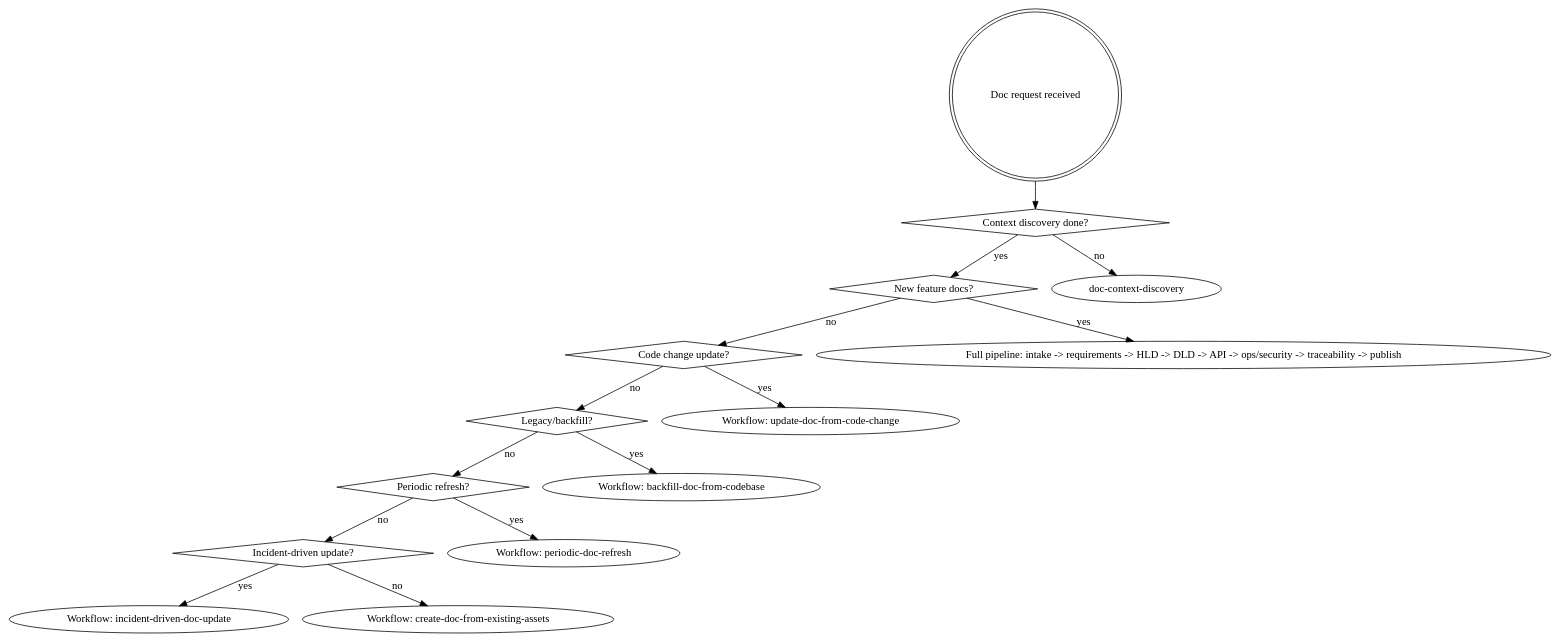
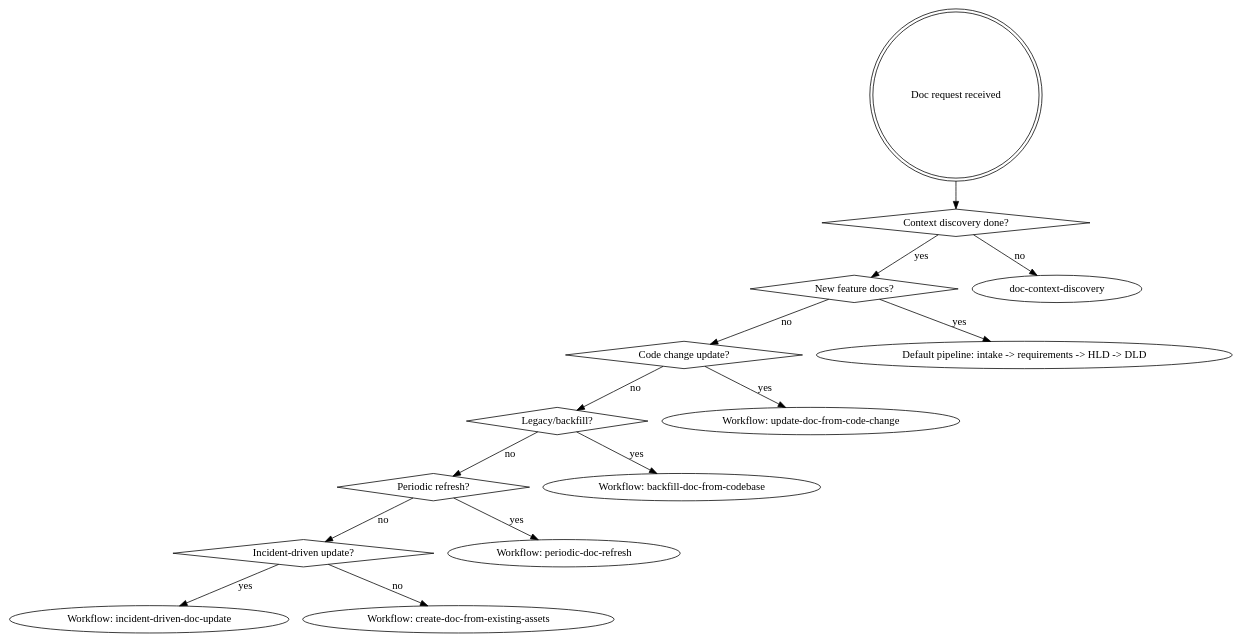
The diagram in .cline/skills/using-doc-superpowers/SKILL.md (nguyenhuyhoanganh/docs-skills), drawn with Graphviz before and after one commit. The commit also changed other lines of this file and 73 other files, not shown here.

````diff
--- a/.cline/skills/using-doc-superpowers/SKILL.md
+++ b/.cline/skills/using-doc-superpowers/SKILL.md
@@ -90,26 +124,26 @@
 ```dot
 digraph workflow_router {
     "Doc request received" [shape=doublecircle];
     "Context discovery done?" [shape=diamond];
     "New feature docs?" [shape=diamond];
     "Code change update?" [shape=diamond];
     "Legacy/backfill?" [shape=diamond];
     "Periodic refresh?" [shape=diamond];
     "Incident-driven update?" [shape=diamond];
 
     "Doc request received" -> "Context discovery done?";
     "Context discovery done?" -> "doc-context-discovery" [label="no"];
     "Context discovery done?" -> "New feature docs?" [label="yes"];
 
-    "New feature docs?" -> "Full pipeline: intake -> requirements -> HLD -> DLD -> API -> ops/security -> traceability -> publish" [label="yes"];
+    "New feature docs?" -> "Default pipeline: intake -> requirements -> HLD -> DLD" [label="yes"];
     "New feature docs?" -> "Code change update?" [label="no"];
     "Code change update?" -> "Workflow: update-doc-from-code-change" [label="yes"];
     "Code change update?" -> "Legacy/backfill?" [label="no"];
     "Legacy/backfill?" -> "Workflow: backfill-doc-from-codebase" [label="yes"];
     "Legacy/backfill?" -> "Periodic refresh?" [label="no"];
     "Periodic refresh?" -> "Workflow: periodic-doc-refresh" [label="yes"];
     "Periodic refresh?" -> "Incident-driven update?" [label="no"];
     "Incident-driven update?" -> "Workflow: incident-driven-doc-update" [label="yes"];
     "Incident-driven update?" -> "Workflow: create-doc-from-existing-assets" [label="no"];
 }
 ```
````
